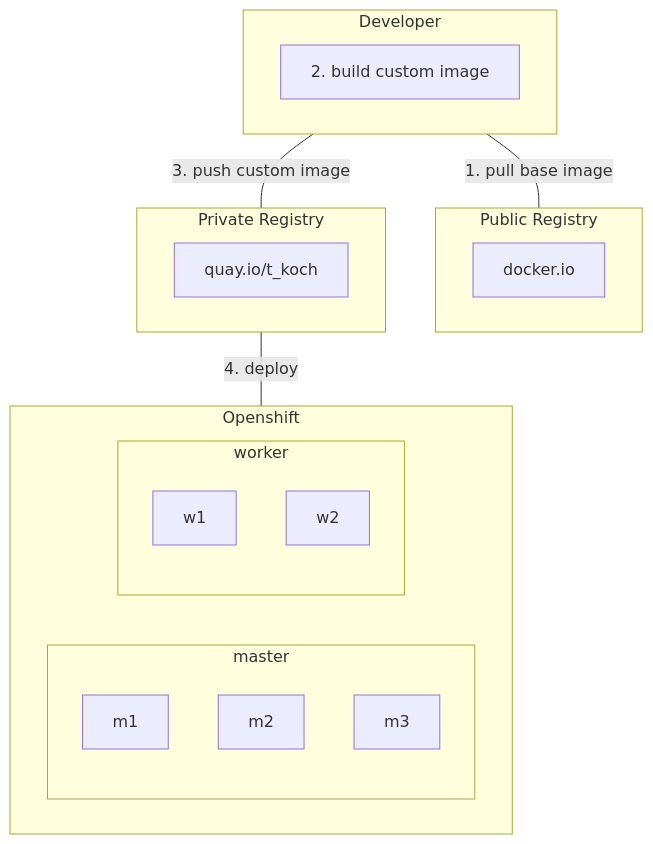
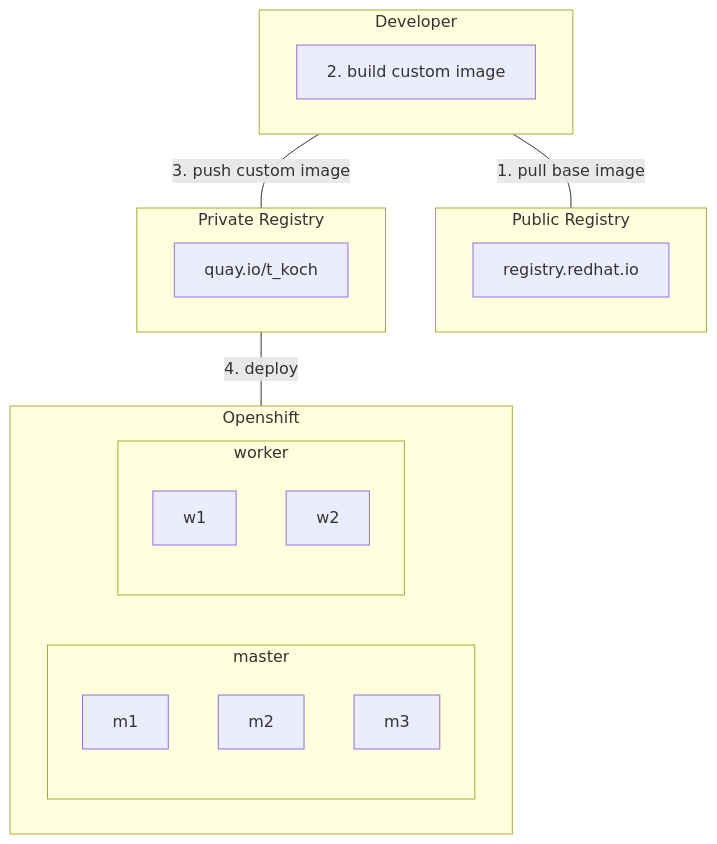
The first of 2 diagrams in README.md (tkops/bechtle), drawn with Mermaid before and after one commit.

````diff
--- a/README.md
+++ b/README.md
@@ -3,23 +3,23 @@
 ```mermaid
 flowchart TD
   subgraph dev1[Developer]
     build[2. build custom image]
   end
   subgraph pub1[Public Registry]
-    docker[docker.io]
+    docker[registry.redhat.io]
   end
   subgraph priv1[Private Registry]
     quay[quay.io/t_koch]
   end
   subgraph ocp1[Openshift]
     subgraph master
       m1;m2;m3
     end
     subgraph worker
       w1;w2
     end
   end
 dev1 -- 1. pull base image --- pub1
 dev1 -- 3. push custom image --- priv1
 priv1 -- 4. deploy --- ocp1
 ```
````
